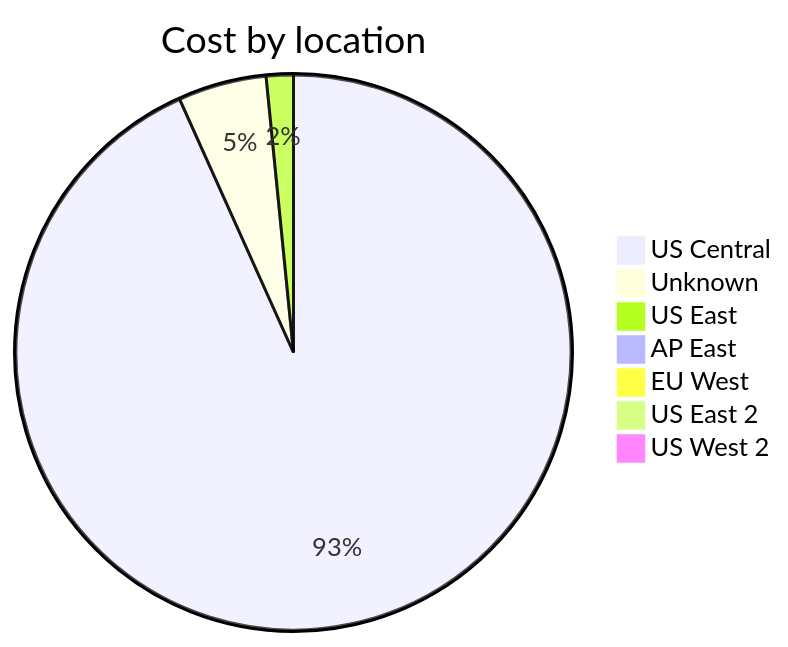
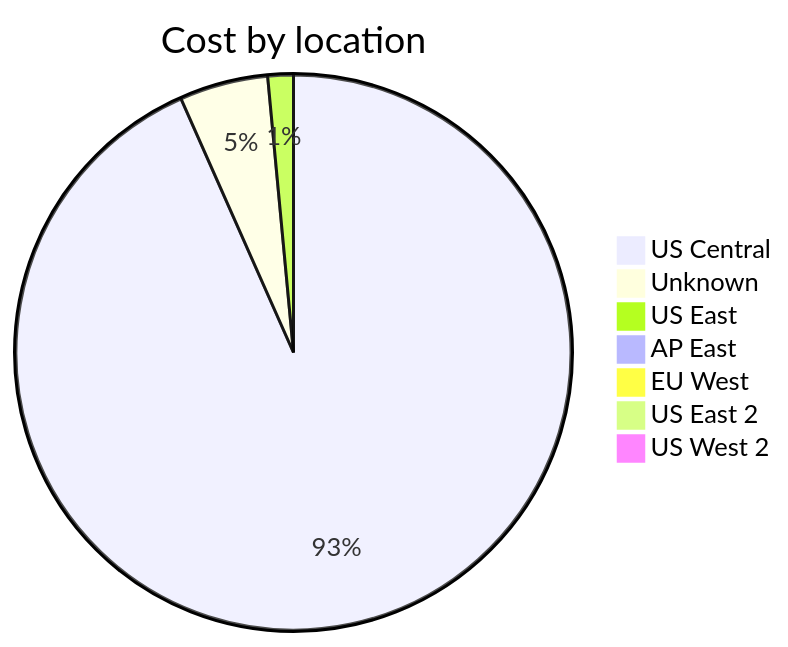
The third of 4 diagrams in cost-reports/accumulated-cost.md (jpfulton/azure-personal-reports), drawn with Mermaid before and after one commit. The commit also changed other lines of this file and 4 other files, not shown here.

````diff
--- a/cost-reports/accumulated-cost.md
+++ b/cost-reports/accumulated-cost.md
@@ -123,11 +123,11 @@
 ```mermaid
 pie
    title Cost by location
-   "US Central" : 8.88
-   "Unknown" : 0.49
+   "US Central" : 9.42
+   "Unknown" : 0.52
    "US East" : 0.15
    "AP East" : 0.00
    "EU West" : 0.00
    "US East 2" : 0.00
    "US West 2" : 0.00
 ```
````
